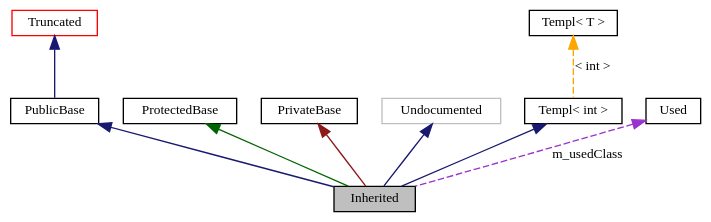
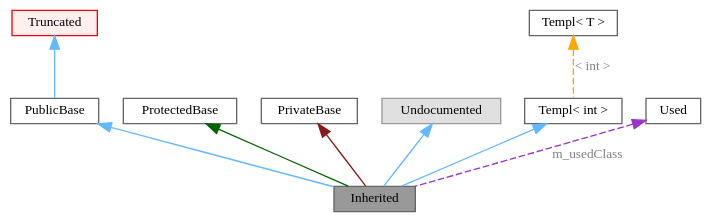
One commit to evjeesm/vector changed the diagram in docs/graph_legend.dot. Above: the diagram before and after it, drawn with Graphviz. The commit also changed 166 other files, not shown here.

```diff
--- a/docs/graph_legend.dot
+++ b/docs/graph_legend.dot
@@ -1,25 +1,25 @@
 digraph "Graph Legend"
 {
  // INTERACTIVE_SVG=YES
  // LATEX_PDF_SIZE
   bgcolor="transparent";
-  edge [fontname="Mononoki",fontsize="10",labelfontname="Mononoki",labelfontsize="10"];
-  node [fontname="Mononoki",fontsize="10",shape=record];
-  Node9 [shape="box",label="Inherited",fontsize="10",height=0.2,width=0.4,fontname="Mononoki",fillcolor="grey75",style="filled" fontcolor="black"];
-  Node10 -> Node9 [dir="back",color="midnightblue",fontsize="10",style="solid",fontname="Mononoki"];
-  Node10 [shape="box",label="PublicBase",fontsize="10",height=0.2,width=0.4,fontname="Mononoki",color="black"];
-  Node11 -> Node10 [dir="back",color="midnightblue",fontsize="10",style="solid",fontname="Mononoki"];
-  Node11 [shape="box",label="Truncated",fontsize="10",height=0.2,width=0.4,fontname="Mononoki",color="red"];
-  Node13 -> Node9 [dir="back",color="darkgreen",fontsize="10",style="solid",fontname="Mononoki"];
-  Node13 [shape="box",label="ProtectedBase",fontsize="10",height=0.2,width=0.4,fontname="Mononoki",color="black"];
-  Node14 -> Node9 [dir="back",color="firebrick4",fontsize="10",style="solid",fontname="Mononoki"];
-  Node14 [shape="box",label="PrivateBase",fontsize="10",height=0.2,width=0.4,fontname="Mononoki",color="black"];
-  Node15 -> Node9 [dir="back",color="midnightblue",fontsize="10",style="solid",fontname="Mononoki"];
-  Node15 [shape="box",label="Undocumented",fontsize="10",height=0.2,width=0.4,fontname="Mononoki",color="grey75"];
-  Node16 -> Node9 [dir="back",color="midnightblue",fontsize="10",style="solid",fontname="Mononoki"];
-  Node16 [shape="box",label="Templ< int >",fontsize="10",height=0.2,width=0.4,fontname="Mononoki",color="black"];
-  Node17 -> Node16 [dir="back",color="orange",fontsize="10",style="dashed",label="< int >",fontname="Mononoki"];
-  Node17 [shape="box",label="Templ< T >",fontsize="10",height=0.2,width=0.4,fontname="Mononoki",color="black"];
-  Node18 -> Node9 [dir="back",color="darkorchid3",fontsize="10",style="dashed",label="m_usedClass",fontname="Mononoki"];
-  Node18 [shape="box",label="Used",fontsize="10",height=0.2,width=0.4,fontname="Mononoki",color="black"];
+  edge [fontname=Mononoki,fontsize=10,labelfontname=Mononoki,labelfontsize=10];
+  node [fontname=Mononoki,fontsize=10,shape=box,height=0.2,width=0.4];
+  Node9 [id="Node000009",label="Inherited",height=0.2,width=0.4,color="gray40", fillcolor="grey60", style="filled", fontcolor="black",tooltip=" "];
+  Node10 -> Node9 [dir="back",color="steelblue1",style="solid" tooltip=" "];
+  Node10 [id="Node000010",label="PublicBase",height=0.2,width=0.4,color="grey40", fillcolor="white", style="filled",tooltip=" "];
+  Node11 -> Node10 [dir="back",color="steelblue1",style="solid" tooltip=" "];
+  Node11 [id="Node000011",label="Truncated",height=0.2,width=0.4,color="red", fillcolor="#FFF0F0", style="filled",tooltip=" "];
+  Node13 -> Node9 [dir="back",color="darkgreen",style="solid" tooltip=" "];
+  Node13 [label="ProtectedBase",color="gray40",fillcolor="white",style="filled" tooltip=" "];
+  Node14 -> Node9 [dir="back",color="firebrick4",style="solid" tooltip=" "];
+  Node14 [label="PrivateBase",color="gray40",fillcolor="white",style="filled" tooltip=" "];
+  Node15 -> Node9 [dir="back",color="steelblue1",style="solid" tooltip=" "];
+  Node15 [id="Node000015",label="Undocumented",height=0.2,width=0.4,color="grey60", fillcolor="#E0E0E0", style="filled",tooltip=" "];
+  Node16 -> Node9 [dir="back",color="steelblue1",style="solid" tooltip=" "];
+  Node16 [label="Templ\< int \>",color="gray40",fillcolor="white",style="filled" tooltip=" "];
+  Node17 -> Node16 [dir="back",color="orange",style="dashed",label="< int >",fontcolor="grey" tooltip=" "];
+  Node17 [label="Templ\< T \>",color="gray40",fillcolor="white",style="filled" tooltip=" "];
+  Node18 -> Node9 [dir="back",color="darkorchid3",style="dashed",label="m_usedClass",fontcolor="grey" tooltip=" "];
+  Node18 [label="Used",color="gray40",fillcolor="white",style="filled" tooltip=" "];
 }
```
